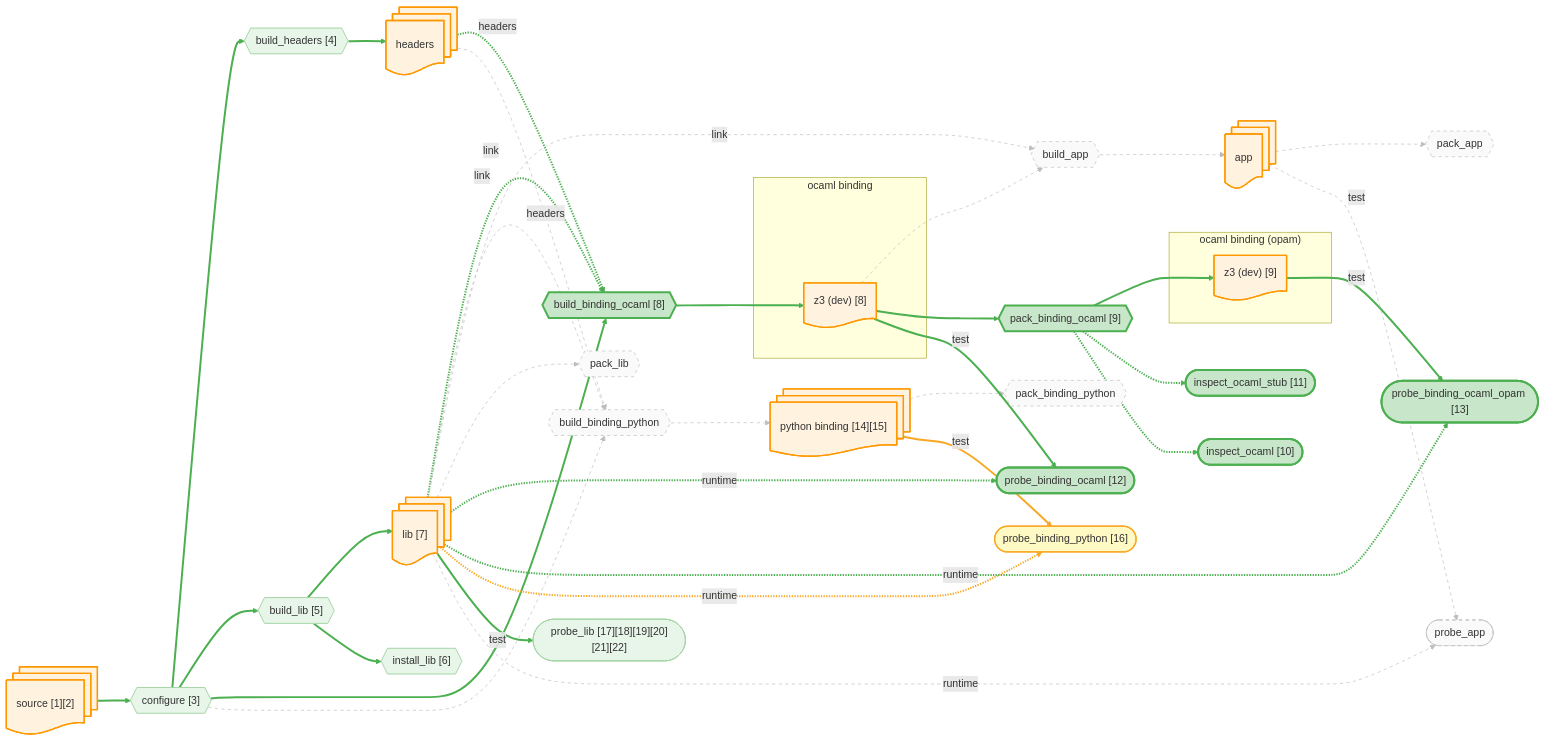
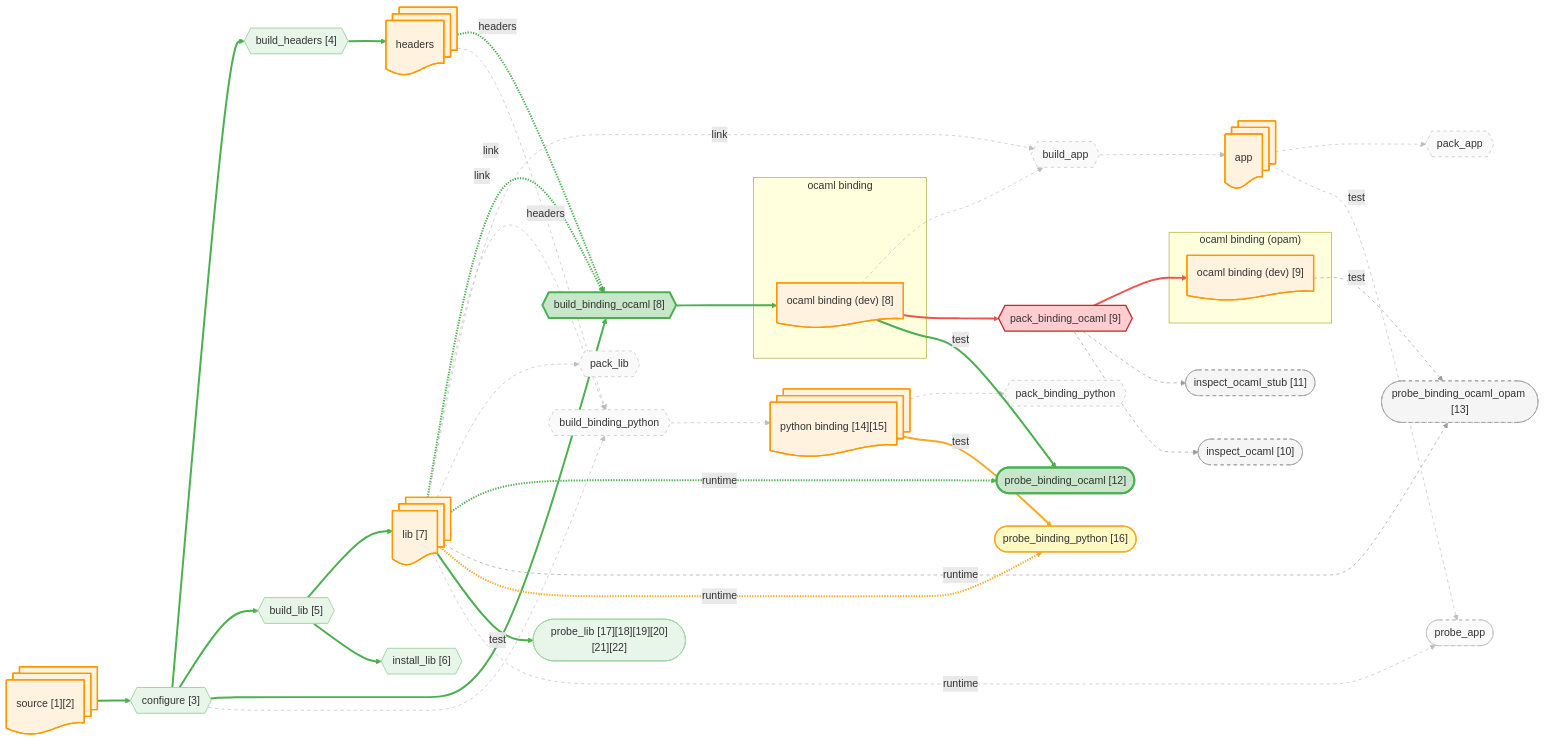
One commit to JHU-PL-Lab/tola changed the diagram in docs/canary/projects/z3/_run/diagrams/binding_ocaml.mmd. Above: the diagram before and after it, drawn with Mermaid. The commit also changed 56 other files, not shown here.

First line of the commit message:
refactor: split canary_action.ml, extract canary_diagram.ml

```diff
--- a/docs/canary/projects/z3/_run/diagrams/binding_ocaml.mmd
+++ b/docs/canary/projects/z3/_run/diagrams/binding_ocaml.mmd
@@ -1,127 +1,127 @@
 %% view: binding_ocaml
 graph LR
     source_node@{ shape: docs, label: "source [1][2]" }
     headers_node@{ shape: docs, label: "headers" }
     lib_node@{ shape: docs, label: "lib [7]" }
     app_node@{ shape: docs, label: "app" }
     subgraph ocaml_binding_input_sg ["ocaml binding"]
-      ocaml_binding_build_tree_node@{ shape: doc, label: "z3 (dev) [8]" }
+      ocaml_binding_build_tree_node@{ shape: doc, label: "ocaml binding (dev) [8]" }
     end
     subgraph ocaml_binding_product_sg ["ocaml binding (opam)"]
-      ocaml_binding_opam_node@{ shape: doc, label: "z3 (dev) [9]" }
+      ocaml_binding_opam_node@{ shape: doc, label: "ocaml binding (dev) [9]" }
     end
     python_binding_node@{ shape: docs, label: "python binding [14][15]" }
 
     A_configure{{"configure [3]"}}
     A_build_headers{{"build_headers [4]"}}
     A_build_lib{{"build_lib [5]"}}
     A_build_binding_ocaml{{"build_binding_ocaml [8]"}}
     A_build_binding_python{{"build_binding_python"}}
     A_build_app{{"build_app"}}
     A_install_lib{{"install_lib [6]"}}
     A_pack_binding_ocaml{{"pack_binding_ocaml [9]"}}
     A_pack_binding_python{{"pack_binding_python"}}
     A_pack_lib{{"pack_lib"}}
     A_pack_app{{"pack_app"}}
     A_probe_binding_ocaml(["probe_binding_ocaml [12]"])
     A_probe_binding_ocaml_opam(["probe_binding_ocaml_opam [13]"])
     A_probe_binding_python(["probe_binding_python [16]"])
     A_probe_lib(["probe_lib [17][18][19][20][21][22]"])
     A_probe_app(["probe_app"])
     A_pack_binding_ocaml_stub_summary(["inspect_ocaml_stub [11]"])
     A_pack_binding_ocaml_summary(["inspect_ocaml [10]"])
 
     source_node --> A_configure
     A_configure --> A_build_headers
     A_build_headers --> headers_node
     A_configure --> A_build_lib
     A_build_lib --> lib_node
     A_configure --> A_build_binding_ocaml
     headers_node -.->|headers| A_build_binding_ocaml
     lib_node -.->|link| A_build_binding_ocaml
     A_build_binding_ocaml --> ocaml_binding_build_tree_node
     A_configure --> A_build_binding_python
     headers_node -.->|headers| A_build_binding_python
     lib_node -.->|link| A_build_binding_python
     A_build_binding_python --> python_binding_node
     ocaml_binding_build_tree_node --> A_build_app
     lib_node -.->|link| A_build_app
     A_build_app --> app_node
     A_build_lib --> A_install_lib
     ocaml_binding_build_tree_node --> A_pack_binding_ocaml
     A_pack_binding_ocaml --> ocaml_binding_opam_node
     python_binding_node --> A_pack_binding_python
     lib_node --> A_pack_lib
     app_node --> A_pack_app
     ocaml_binding_build_tree_node -->|test| A_probe_binding_ocaml
     lib_node -.->|runtime| A_probe_binding_ocaml
     ocaml_binding_opam_node -->|test| A_probe_binding_ocaml_opam
     lib_node -.->|runtime| A_probe_binding_ocaml_opam
     python_binding_node -->|test| A_probe_binding_python
     lib_node -.->|runtime| A_probe_binding_python
     lib_node -->|test| A_probe_lib
     app_node -->|test| A_probe_app
     lib_node -.->|runtime| A_probe_app
     A_pack_binding_ocaml -.-> A_pack_binding_ocaml_stub_summary
     A_pack_binding_ocaml -.-> A_pack_binding_ocaml_summary
 
     classDef artifact fill:#fff3e0,stroke:#ff9800,stroke-width:2px
     classDef action fill:#f3e5f5,stroke:#9c27b0,stroke-width:2px
     classDef st_done fill:#c8e6c9,stroke:#4caf50,stroke-width:3px
     classDef st_done_ctx fill:#e8f5e9,stroke:#a5d6a7,stroke-width:1.5px
     classDef st_expected_fail fill:#fff9c4,stroke:#f9a825,stroke-width:2px
     classDef st_failed fill:#ffcdd2,stroke:#c62828,stroke-width:2px
     classDef st_skipped fill:#f5f5f5,stroke:#9e9e9e,stroke-dasharray:5
     classDef st_nospec fill:#fafafa,stroke:#bdbdbd,stroke-dasharray:5
     class source_node,headers_node,lib_node,app_node,ocaml_binding_build_tree_node,ocaml_binding_opam_node,python_binding_node artifact
     class A_configure st_done_ctx
     class A_build_headers st_done_ctx
     class A_build_lib st_done_ctx
     class A_build_binding_ocaml st_done
     class A_build_binding_python st_nospec
     class A_build_app st_nospec
     class A_install_lib st_done_ctx
-    class A_pack_binding_ocaml st_done
+    class A_pack_binding_ocaml st_failed
     class A_pack_binding_python st_nospec
     class A_pack_lib st_nospec
     class A_pack_app st_nospec
     class A_probe_binding_ocaml st_done
-    class A_probe_binding_ocaml_opam st_done
+    class A_probe_binding_ocaml_opam st_skipped
     class A_probe_binding_python st_expected_fail
     class A_probe_lib st_done_ctx
     class A_probe_app st_nospec
-    class A_pack_binding_ocaml_stub_summary st_done
-    class A_pack_binding_ocaml_summary st_done
+    class A_pack_binding_ocaml_stub_summary st_skipped
+    class A_pack_binding_ocaml_summary st_skipped
     linkStyle 0 stroke:#4caf50,stroke-width:3px
     linkStyle 1 stroke:#4caf50,stroke-width:3px
     linkStyle 2 stroke:#4caf50,stroke-width:3px
     linkStyle 3 stroke:#4caf50,stroke-width:3px
     linkStyle 4 stroke:#4caf50,stroke-width:3px
     linkStyle 5 stroke:#4caf50,stroke-width:3px
     linkStyle 6 stroke:#4caf50,stroke-width:3px
     linkStyle 7 stroke:#4caf50,stroke-width:3px
     linkStyle 8 stroke:#4caf50,stroke-width:3px
     linkStyle 9 stroke:#bdbdbd,stroke-width:1px,stroke-dasharray:5
     linkStyle 10 stroke:#bdbdbd,stroke-width:1px,stroke-dasharray:5
     linkStyle 11 stroke:#bdbdbd,stroke-width:1px,stroke-dasharray:5
     linkStyle 12 stroke:#bdbdbd,stroke-width:1px,stroke-dasharray:5
     linkStyle 13 stroke:#bdbdbd,stroke-width:1px,stroke-dasharray:5
     linkStyle 14 stroke:#bdbdbd,stroke-width:1px,stroke-dasharray:5
     linkStyle 15 stroke:#bdbdbd,stroke-width:1px,stroke-dasharray:5
     linkStyle 16 stroke:#4caf50,stroke-width:3px
-    linkStyle 17 stroke:#4caf50,stroke-width:3px
-    linkStyle 18 stroke:#4caf50,stroke-width:3px
+    linkStyle 17 stroke:#ef5350,stroke-width:3px
+    linkStyle 18 stroke:#ef5350,stroke-width:3px
     linkStyle 19 stroke:#bdbdbd,stroke-width:1px,stroke-dasharray:5
     linkStyle 20 stroke:#bdbdbd,stroke-width:1px,stroke-dasharray:5
     linkStyle 21 stroke:#bdbdbd,stroke-width:1px,stroke-dasharray:5
     linkStyle 22 stroke:#4caf50,stroke-width:3px
     linkStyle 23 stroke:#4caf50,stroke-width:3px
-    linkStyle 24 stroke:#4caf50,stroke-width:3px
-    linkStyle 25 stroke:#4caf50,stroke-width:3px
+    linkStyle 24 stroke:#9e9e9e,stroke-width:1px,stroke-dasharray:5
+    linkStyle 25 stroke:#9e9e9e,stroke-width:1px,stroke-dasharray:5
     linkStyle 26 stroke:#f9a825,stroke-width:3px
     linkStyle 27 stroke:#f9a825,stroke-width:3px
     linkStyle 28 stroke:#4caf50,stroke-width:3px
     linkStyle 29 stroke:#bdbdbd,stroke-width:1px,stroke-dasharray:5
     linkStyle 30 stroke:#bdbdbd,stroke-width:1px,stroke-dasharray:5
-    linkStyle 31 stroke:#4caf50,stroke-width:3px
-    linkStyle 32 stroke:#4caf50,stroke-width:3px
+    linkStyle 31 stroke:#9e9e9e,stroke-width:1px,stroke-dasharray:5
+    linkStyle 32 stroke:#9e9e9e,stroke-width:1px,stroke-dasharray:5
```
